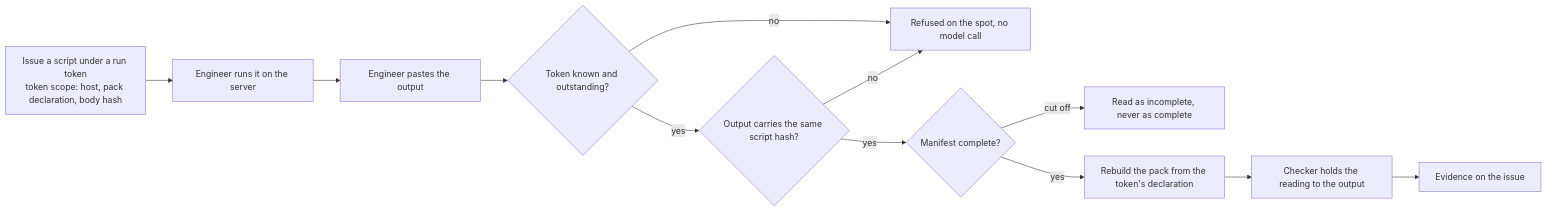
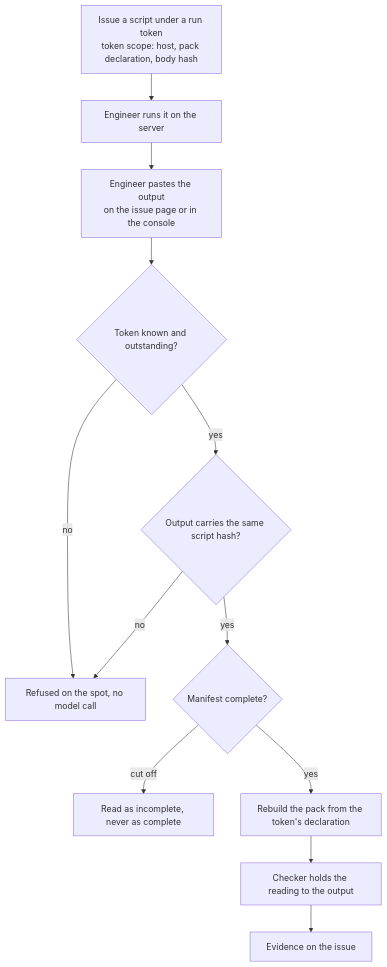
The fifth of 7 diagrams in CASE_STUDY.md (RyanH-sudo/ninjatoolkit-case-study), drawn with Mermaid before and after one commit. The commit also changed other lines of this file and 2 other files, not shown here.

Commit message:
Case study updated to v8.2.0: the Job as the thread, the console, device identity, judge precision on the estate, the fail-closed fix builder; every figure re-measured at the v8.2.0 tag

````diff
--- a/CASE_STUDY.md
+++ b/CASE_STUDY.md
@@ -533,14 +683,14 @@
 ```mermaid
-flowchart LR
+flowchart TB
     ISS["Issue a script under a run token<br/>token scope: host, pack declaration, body hash"] --> RUN["Engineer runs it on the server"]
-    RUN --> PST["Engineer pastes the output"]
+    RUN --> PST["Engineer pastes the output<br/>on the issue page or in the console"]
     PST --> TOK{"Token known and outstanding?"}
     TOK -- no --> REJ["Refused on the spot, no model call"]
     TOK -- yes --> SHA{"Output carries the same script hash?"}
     SHA -- no --> REJ
     SHA -- yes --> MAN{"Manifest complete?"}
     MAN -- "cut off" --> PART["Read as incomplete, never as complete"]
     MAN -- yes --> REB["Rebuild the pack from the token's declaration"]
     REB --> CHK["Checker holds the reading to the output"]
     CHK --> EVD["Evidence on the issue"]
 ```
````
